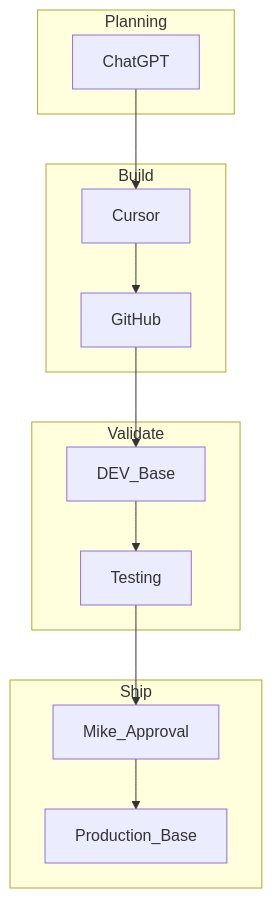
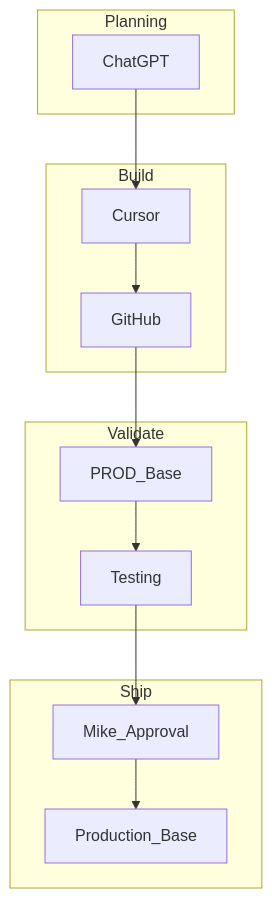
The third of 3 diagrams in docs/chatgpt-sources/12-ai-development-standards.md (Schmidt127/127-si-shooting-challenge), drawn with Mermaid before and after one commit. The commit also changed other lines of this file and 469 other files, not shown here.

````diff
--- a/docs/chatgpt-sources/12-ai-development-standards.md
+++ b/docs/chatgpt-sources/12-ai-development-standards.md
@@ -149,25 +149,25 @@
 ```mermaid
 flowchart TB
     subgraph plan [Planning]
         ChatGPT[ChatGPT]
     end
     subgraph build [Build]
         Cursor[Cursor]
         GitHub[GitHub]
     end
     subgraph validate [Validate]
-        DEV[DEV_Base]
+        Production[PROD_Base]
         Testing[Testing]
     end
     subgraph ship [Ship]
         Approval[Mike_Approval]
         Prod[Production_Base]
     end
 
     ChatGPT --> Cursor
     Cursor --> GitHub
-    GitHub --> DEV
-    DEV --> Testing
+    GitHub --> Production
+    Production --> Testing
     Testing --> Approval
     Approval --> Prod
 ```
````
